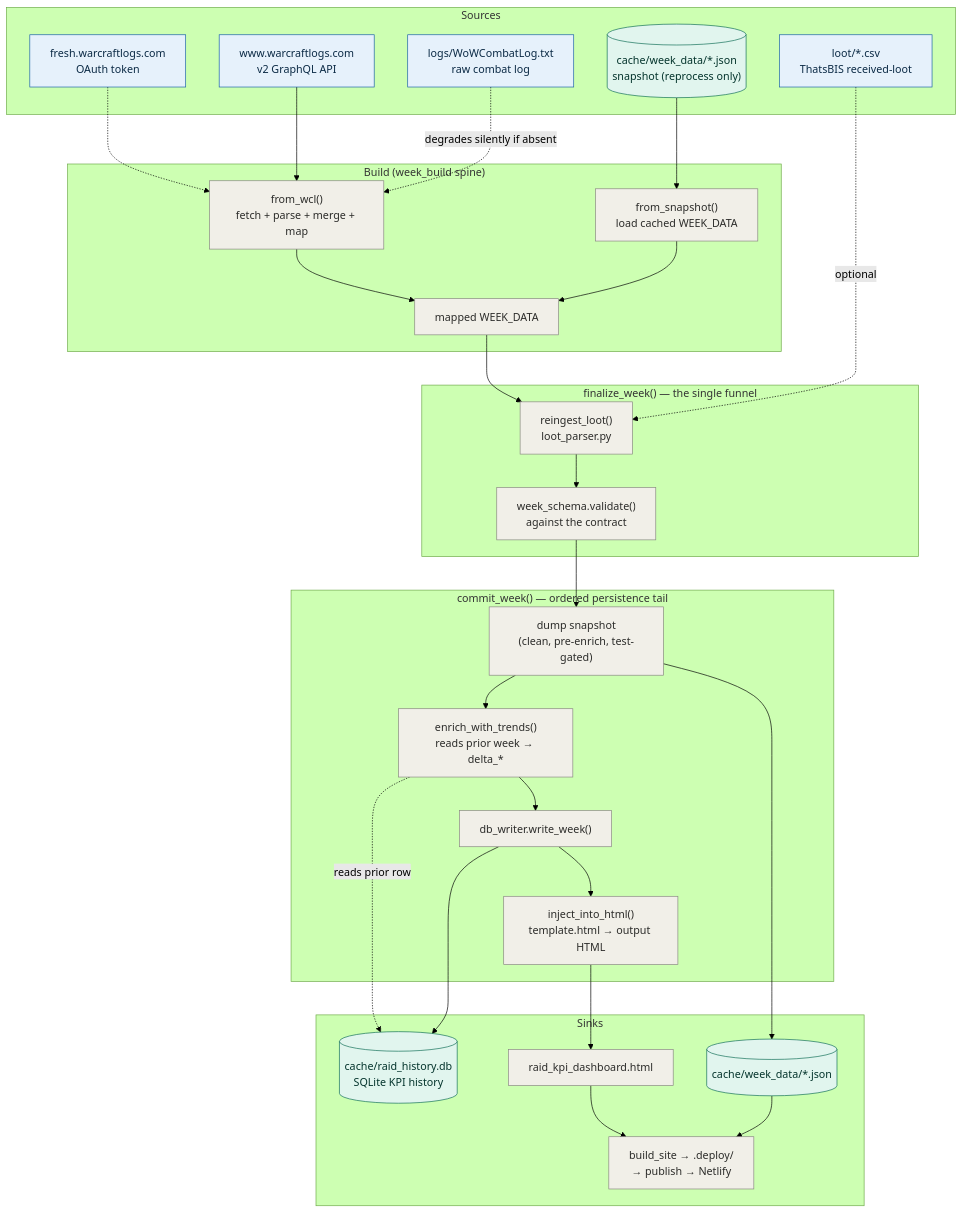
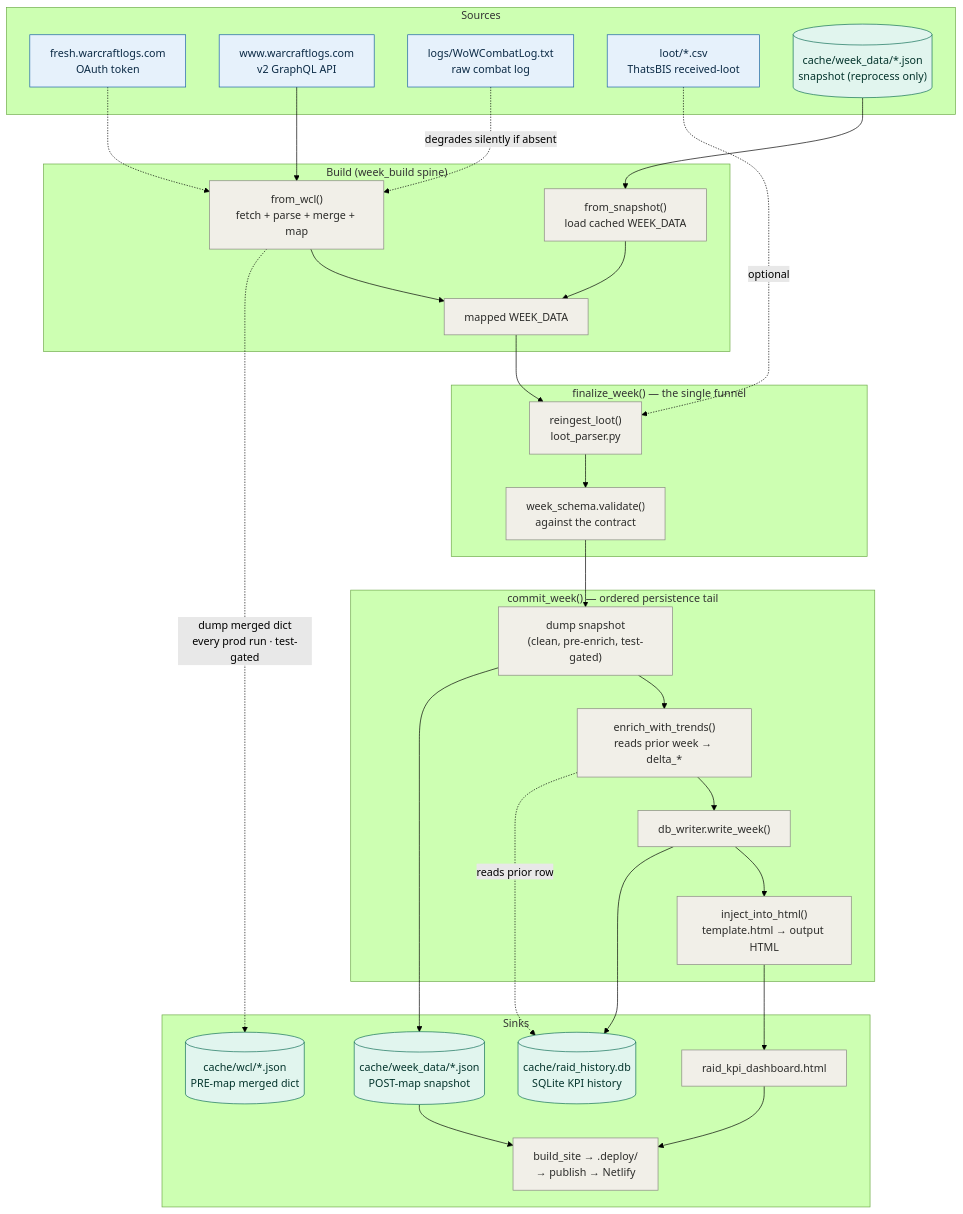
One commit to jketch/tbc-raid-kpi changed the second of 3 diagrams in docs/architecture.md. Above: the diagram before and after it, drawn with Mermaid (forest theme). The commit also changed other lines of this file, not shown here.

First line of the commit message:
docs: document raw wcl-dict cache + reprocess --from-raw (two reprocess tiers)

````diff
--- a/docs/architecture.md
+++ b/docs/architecture.md
@@ -95,71 +95,73 @@
 ```mermaid
 flowchart TD
     %% ── Sources ─────────────────────────────────────────
     subgraph SRC["Sources"]
         OAUTH["fresh.warcraftlogs.com<br/>OAuth token"]
         WCL["www.warcraftlogs.com<br/>v2 GraphQL API"]
         LOG["logs/WoWCombatLog.txt<br/>raw combat log"]
         CSV["loot/*.csv<br/>ThatsBIS received-loot"]
         SNAP_IN[("cache/week_data/*.json<br/>snapshot (reprocess only)")]
     end
 
     %% ── Build ───────────────────────────────────────────
     subgraph BUILD["Build (week_build spine)"]
         FROMWCL["from_wcl()<br/>fetch + parse + merge + map"]
         FROMSNAP["from_snapshot()<br/>load cached WEEK_DATA"]
         MAPPED["mapped WEEK_DATA"]
     end
 
     %% ── Finalize ────────────────────────────────────────
     subgraph FIN["finalize_week() — the single funnel"]
         LOOT["reingest_loot()<br/>loot_parser.py"]
         VALIDATE["week_schema.validate()<br/>against the contract"]
     end
 
     %% ── Commit (ordered tail) ───────────────────────────
     subgraph COMMIT["commit_week() — ordered persistence tail"]
         DUMP["dump snapshot<br/>(clean, pre-enrich, test-gated)"]
         ENRICH["enrich_with_trends()<br/>reads prior week → delta_*"]
         WRITE["db_writer.write_week()"]
         INJECT["inject_into_html()<br/>template.html → output HTML"]
     end
 
     %% ── Sinks ───────────────────────────────────────────
     subgraph SINKS["Sinks"]
         DB[("cache/raid_history.db<br/>SQLite KPI history")]
-        SNAP_OUT[("cache/week_data/*.json")]
+        SNAP_OUT[("cache/week_data/*.json<br/>POST-map snapshot")]
+        RAW_OUT[("cache/wcl/*.json<br/>PRE-map merged dict")]
         HTML["raid_kpi_dashboard.html"]
         DEPLOY["build_site → .deploy/<br/>→ publish → Netlify"]
     end
 
     OAUTH -.-> FROMWCL
     WCL --> FROMWCL
     LOG -.->|degrades silently if absent| FROMWCL
     SNAP_IN --> FROMSNAP
 
     FROMWCL --> MAPPED
     FROMSNAP --> MAPPED
     MAPPED --> LOOT
     CSV -.->|optional| LOOT
     LOOT --> VALIDATE
 
     VALIDATE --> DUMP
     DUMP --> ENRICH
     ENRICH --> WRITE
     WRITE --> INJECT
 
     DUMP --> SNAP_OUT
     ENRICH -.->|reads prior row| DB
     WRITE --> DB
     INJECT --> HTML
     HTML --> DEPLOY
     SNAP_OUT --> DEPLOY
+    FROMWCL -.->|dump merged dict<br/>every prod run · test-gated| RAW_OUT
 
     classDef src fill:#E6F1FB,stroke:#185FA5,color:#0b2a45;
     classDef data fill:#E1F5EE,stroke:#0F6E56,color:#04342C;
     classDef plain fill:#F1EFE8,stroke:#888780,color:#2C2C2A;
 
     class OAUTH,WCL,LOG,CSV src;
-    class DB,SNAP_IN,SNAP_OUT data;
+    class DB,SNAP_IN,SNAP_OUT,RAW_OUT data;
     class FROMWCL,FROMSNAP,MAPPED,LOOT,VALIDATE,DUMP,ENRICH,WRITE,INJECT,HTML,DEPLOY plain;
 ```
````
